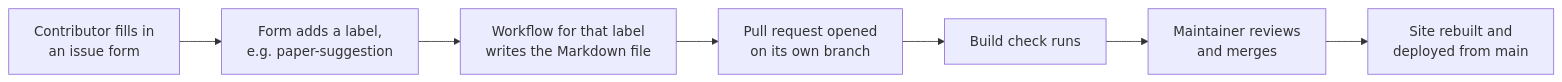
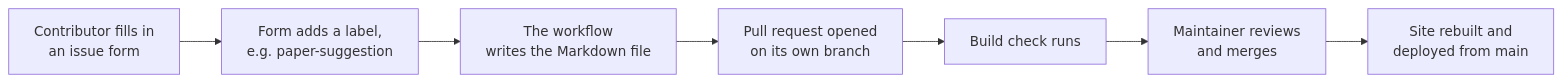
The diagram in MAINTAINING.md (Fusion-CDT/community-reading-list), drawn with Mermaid before and after one commit. The commit also changed other lines of this file and 1 other file, not shown here.

First line of the commit message:
Update `CONTRIBUTING.md` and `MAINTAINING.md` for new workflow scripts

````diff
--- a/MAINTAINING.md
+++ b/MAINTAINING.md
@@ -9,9 +9,9 @@
 ```mermaid
 flowchart LR
     A[Contributor fills in<br/>an issue form] --> B[Form adds a label,<br/>e.g. paper-suggestion]
-    B --> C[Workflow for that label<br/>writes the Markdown file]
+    B --> C[The workflow<br/>writes the Markdown file]
     C --> D[Pull request opened<br/>on its own branch]
     D --> E[Build check runs]
     E --> F[Maintainer reviews<br/>and merges]
     F --> G[Site rebuilt and<br/>deployed from main]
 ```
````
